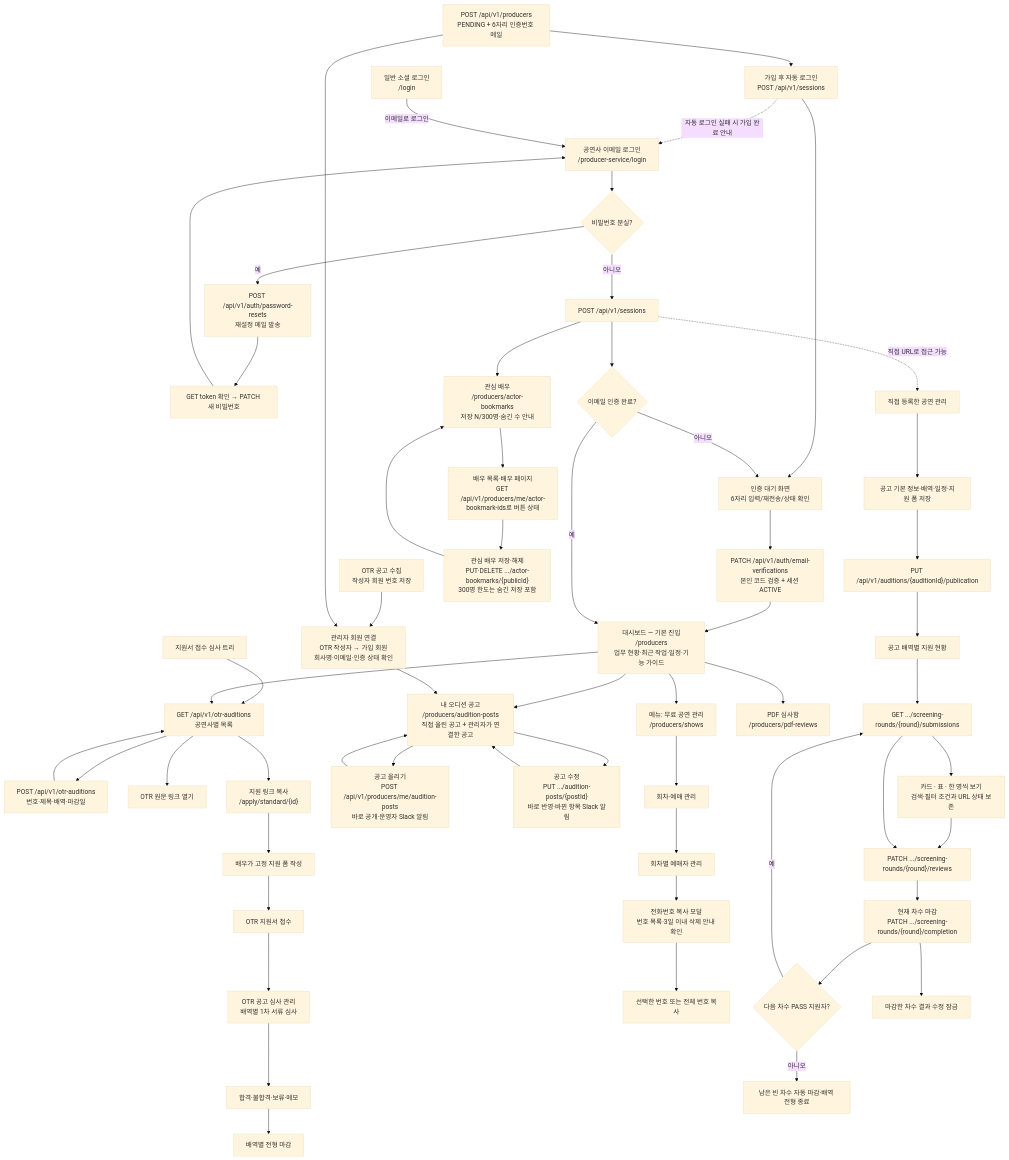
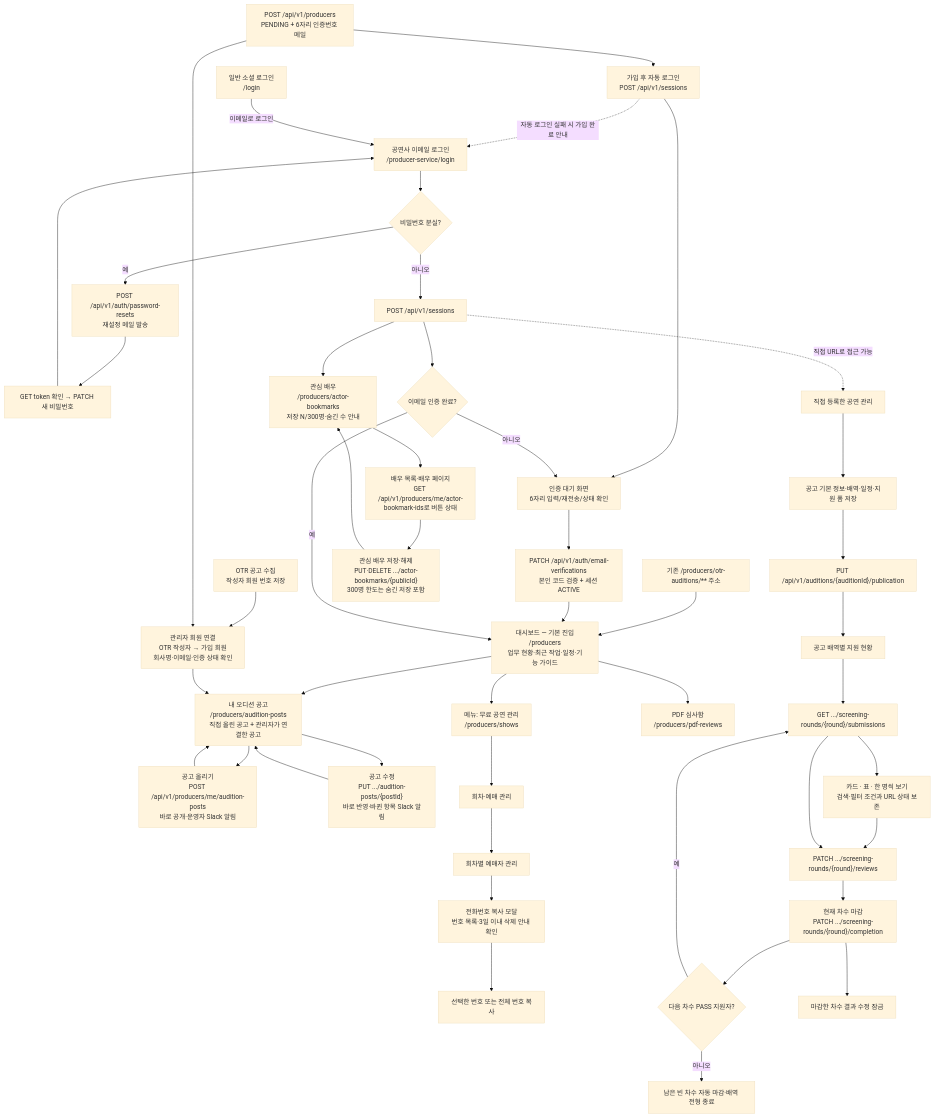
One commit to woowacourse-teams/2026-yesulin changed the diagram in frontend/docs/user-flows/producer.mmd. Above: the diagram before and after it, drawn with Mermaid (base theme). The commit also changed 31 other files, not shown here.

```diff
--- a/frontend/docs/user-flows/producer.mmd
+++ b/frontend/docs/user-flows/producer.mmd
@@ -1,57 +1,47 @@
 flowchart TD
-    OTR_TREE["지원서 접수 심사 트리"] --> OTR_LIST["GET /api/v1/otr-auditions<br>공연사별 목록"]
-    OTR_LIST --> OTR_CREATE["POST /api/v1/otr-auditions<br>번호·제목·배역·마감일"]
-    OTR_CREATE --> OTR_LIST
-    OTR_LIST --> OTR_SOURCE["OTR 원문 링크 열기"]
-    OTR_LIST --> OTR_APPLY["지원 링크 복사<br>/apply/standard/{id}"]
-    OTR_APPLY --> OTR_FORM["배우가 고정 지원 폼 작성"]
-    OTR_FORM --> OTR_SUBMIT["OTR 지원서 접수"]
-    OTR_SUBMIT --> OTR_SCREEN["OTR 공고 심사 관리<br>배역별 1차 서류 심사"]
-    OTR_SCREEN --> OTR_DECIDE["합격·불합격·보류·메모"]
-    OTR_DECIDE --> OTR_CLOSE["배역별 전형 마감"]
+    RETIRED_OTR["기존 /producers/otr-auditions/** 주소"] --> DASHBOARD
     SIGNUP["POST /api/v1/producers<br>PENDING + 6자리 인증번호 메일"] --> AUTO_LOGIN["가입 후 자동 로그인<br>POST /api/v1/sessions"]
     AUTO_LOGIN --> CODE_INPUT["인증 대기 화면<br>6자리 입력/재전송/상태 확인"]
     CODE_INPUT --> VERIFY["PATCH /api/v1/auth/email-verifications<br>본인 코드 검증 + 세션 ACTIVE"]
     VERIFY --> DASHBOARD
     AUTO_LOGIN -. "자동 로그인 실패 시 가입 완료 안내" .-> LOGIN_FORM["공연사 이메일 로그인<br>/producer-service/login"]
     MEMBER_LOGIN["일반 소셜 로그인<br>/login"] -- 이메일로 로그인 --> LOGIN_FORM
     LOGIN_FORM --> FORGOT{"비밀번호 분실?"}
     FORGOT -- 예 --> RESET_MAIL["POST /api/v1/auth/password-resets<br>재설정 메일 발송"]
     RESET_MAIL --> RESET["GET token 확인 → PATCH 새 비밀번호"]
     RESET --> LOGIN_FORM
     FORGOT -- 아니오 --> LOGIN["POST /api/v1/sessions"]
     LOGIN --> STATUS{"이메일 인증 완료?"}
     STATUS -- 아니오 --> CODE_INPUT
     STATUS -- 예 --> DASHBOARD["대시보드 — 기본 진입<br>/producers<br>업무 현황·최근 작업·일정·기능 가이드"]
     DASHBOARD --> POSTS["내 오디션 공고<br>/producers/audition-posts<br>직접 올린 공고 + 관리자가 연결한 공고"]
     DASHBOARD --> FREE_SHOW["메뉴: 무료 공연 관리<br>/producers/shows"]
-    DASHBOARD --> OTR_LIST
     DASHBOARD --> PDF_REVIEWS["PDF 심사함<br>/producers/pdf-reviews"]
     OTR_IMPORT["OTR 공고 수집<br>작성자 회원 번호 저장"] --> MEMBER_LINK["관리자 회원 연결<br>OTR 작성자 → 가입 회원<br>회사명·이메일·인증 상태 확인"]
     SIGNUP --> MEMBER_LINK
     MEMBER_LINK --> POSTS
     POSTS --> POST_NEW["공고 올리기<br>POST /api/v1/producers/me/audition-posts<br>바로 공개·운영자 Slack 알림"]
     POSTS --> POST_EDIT["공고 수정<br>PUT .../audition-posts/{postId}<br>바로 반영·바뀐 항목 Slack 알림"]
     POST_NEW --> POSTS
     POST_EDIT --> POSTS
     LOGIN --> BOOKMARKS["관심 배우<br>/producers/actor-bookmarks<br>저장 N/300명·숨긴 수 안내"]
     BOOKMARKS --> ACTORS["배우 목록·배우 페이지<br>GET /api/v1/producers/me/actor-bookmark-ids로 버튼 상태"]
     ACTORS --> BOOKMARK_TOGGLE["관심 배우 저장·해제<br>PUT·DELETE .../actor-bookmarks/{publicId}<br>300명 한도는 숨긴 저장 포함"]
     BOOKMARK_TOGGLE --> BOOKMARKS
     FREE_SHOW --> FREE_SESSION["회차·예매 관리"]
     FREE_SESSION --> FREE_RESERVATIONS["회차별 예매자 관리"]
     FREE_RESERVATIONS --> PHONE_LIST["전화번호 복사 모달<br>번호 목록·3일 이내 삭제 안내 확인"]
     PHONE_LIST --> PHONE_COPY["선택한 번호 또는 전체 번호 복사"]
     LOGIN -. "직접 URL로 접근 가능" .-> PERFORMANCE["직접 등록한 공연 관리"]
     PERFORMANCE --> AUDITION["공고 기본 정보·배역·일정·지원 폼 저장"]
     AUDITION --> PUBLISH["PUT /api/v1/auditions/{auditionId}/publication"]
     PUBLISH --> ROLE["공고 배역별 지원 현황"]
     ROLE --> BOARD["GET .../screening-rounds/{round}/submissions"]
     BOARD --> FOCUS["카드 · 표 · 한 명씩 보기\n검색·필터 조건과 URL 상태 보존"]
     FOCUS --> REVIEW
     BOARD --> REVIEW["PATCH .../screening-rounds/{round}/reviews"]
     REVIEW --> COMPLETE["현재 차수 마감<br>PATCH .../screening-rounds/{round}/completion"]
     COMPLETE --> NEXT{"다음 차수 PASS 지원자?"}
     NEXT -- 예 --> BOARD
     NEXT -- 아니오 --> LOCKED["남은 빈 차수 자동 마감·배역 전형 종료"]
     COMPLETE --> CURRENT_LOCKED["마감한 차수 결과 수정 잠금"]
```
